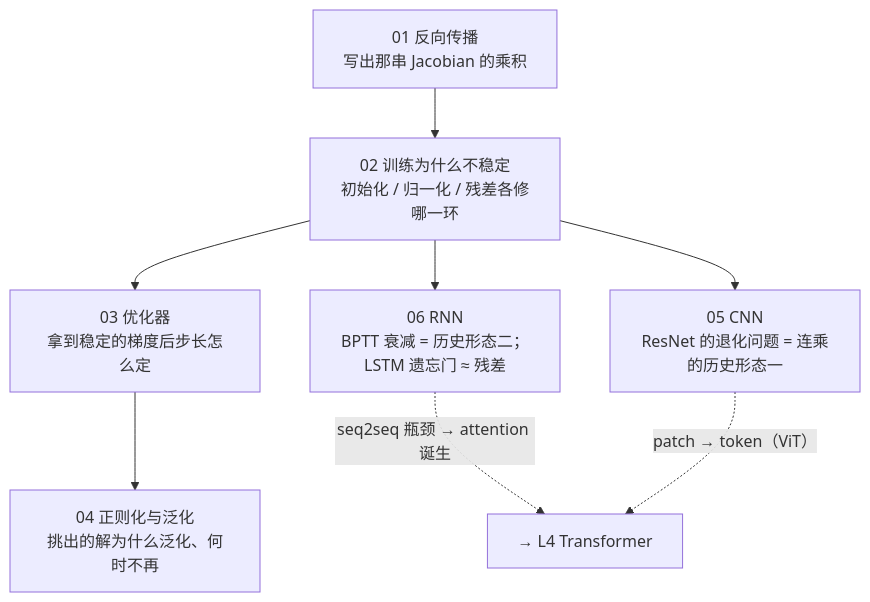
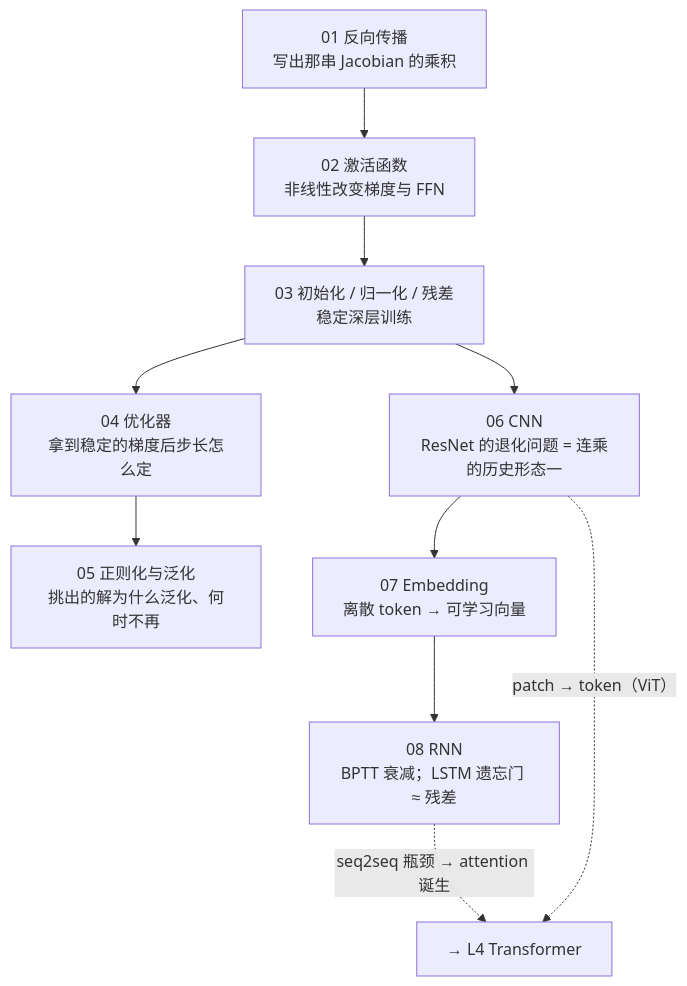
One commit to arganzheng/arganzheng.github.com changed the first of 2 diagrams in slides/2026-03-29-deep-learning-foundations.md. Above: the diagram before and after it, drawn with Mermaid. The commit also changed other lines of this file and 13 other files, not shown here.

````diff
--- a/slides/2026-03-29-deep-learning-foundations.md
+++ b/slides/2026-03-29-deep-learning-foundations.md
@@ -30,11 +30,13 @@
 ```mermaid
 %%{init: {"flowchart": {"wrappingWidth": 190}}}%%
 flowchart TB
-    D1["01 反向传播<br/>写出那串 Jacobian 的乘积"] --> D2["02 训练为什么不稳定<br/>初始化 / 归一化 / 残差各修哪一环"]
-    D2 --> D3["03 优化器<br/>拿到稳定的梯度后步长怎么定"]
-    D3 --> D4["04 正则化与泛化<br/>挑出的解为什么泛化、何时不再"]
-    D2 --> D5["05 CNN<br/>ResNet 的退化问题 = 连乘的历史形态一"]
-    D2 --> D6["06 RNN<br/>BPTT 衰减 = 历史形态二；LSTM 遗忘门 ≈ 残差"]
-    D6 -. "seq2seq 瓶颈 → attention 诞生" .-> T["→ L4 Transformer"]
-    D5 -. "patch → token（ViT）" .-> T
+    D1["01 反向传播<br/>写出那串 Jacobian 的乘积"] --> D2["02 激活函数<br/>非线性改变梯度与 FFN"]
+    D2 --> D3["03 初始化 / 归一化 / 残差<br/>稳定深层训练"]
+    D3 --> D4["04 优化器<br/>拿到稳定的梯度后步长怎么定"]
+    D4 --> D5["05 正则化与泛化<br/>挑出的解为什么泛化、何时不再"]
+    D3 --> D6["06 CNN<br/>ResNet 的退化问题 = 连乘的历史形态一"]
+    D6 --> D7["07 Embedding<br/>离散 token → 可学习向量"]
+    D7 --> D8["08 RNN<br/>BPTT 衰减；LSTM 遗忘门 ≈ 残差"]
+    D8 -. "seq2seq 瓶颈 → attention 诞生" .-> T["→ L4 Transformer"]
+    D6 -. "patch → token（ViT）" .-> T
 ```
````
